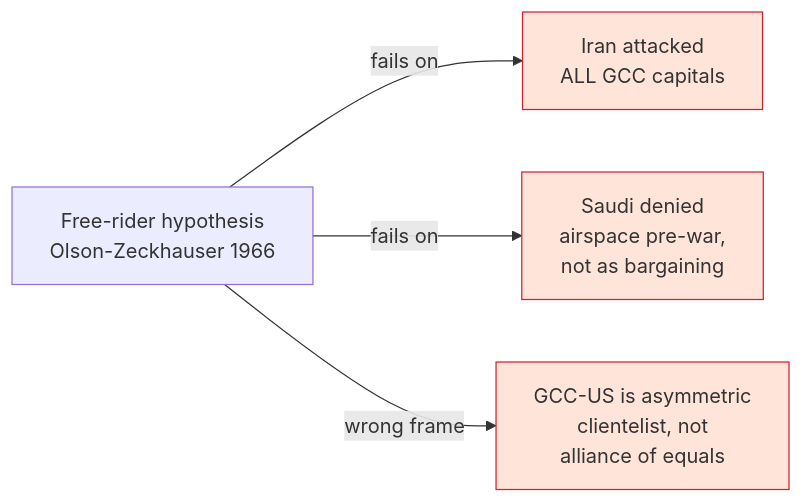
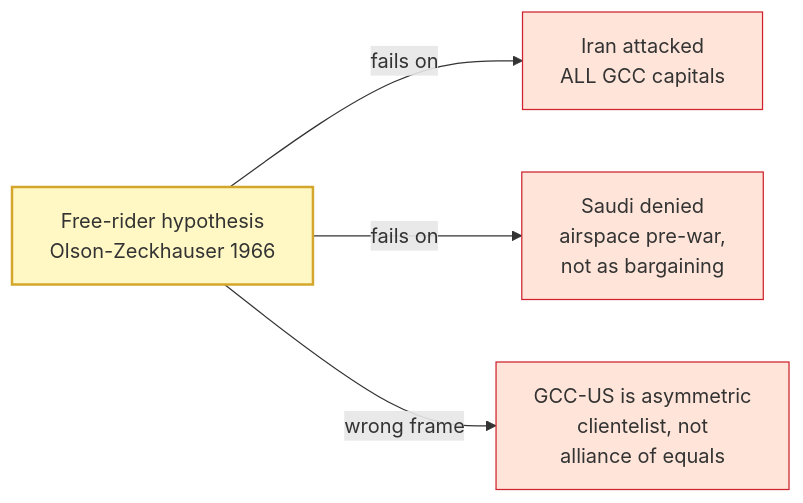
Before and after one commit to Owc1272/game-theory-2026-iran-war: the second of 5 diagrams in analyses/q12-4-gulf-paradox.qmd, drawn with Mermaid. The commit also changed other lines of this file and 1 other file, not shown here.

Commit message:
Fix SVG gloss popovers: separate mermaid class directives + manual triggers (Bootstrap auto-trigger unreliable on SVG)

````diff
--- a/analyses/q12-4-gulf-paradox.qmd
+++ b/analyses/q12-4-gulf-paradox.qmd
@@ -72,15 +72,16 @@
 ```{mermaid}
 flowchart LR
   F[Free-rider hypothesis<br/>Olson-Zeckhauser 1966]
   E1[Iran attacked<br/>ALL GCC capitals]
   E2[Saudi denied<br/>airspace pre-war,<br/>not as bargaining]
   E3[GCC-US is asymmetric<br/>clientelist, not<br/>alliance of equals]
   F -->|fails on| E1
   F -->|fails on| E2
   F -->|wrong frame| E3
   classDef bad fill:#fff8c5,stroke:#d4a72c
   classDef ev fill:#ffe5d9,stroke:#cf222e
-  classDef gt-gloss-olson-zeckhauser stroke-dasharray:0
-  class F bad,gt-gloss-olson-zeckhauser
+  classDef gt-gloss-olson-zeckhauser stroke-width:2px
+  class F bad
+  class F gt-gloss-olson-zeckhauser
   class E1,E2,E3 ev
 ```
````
